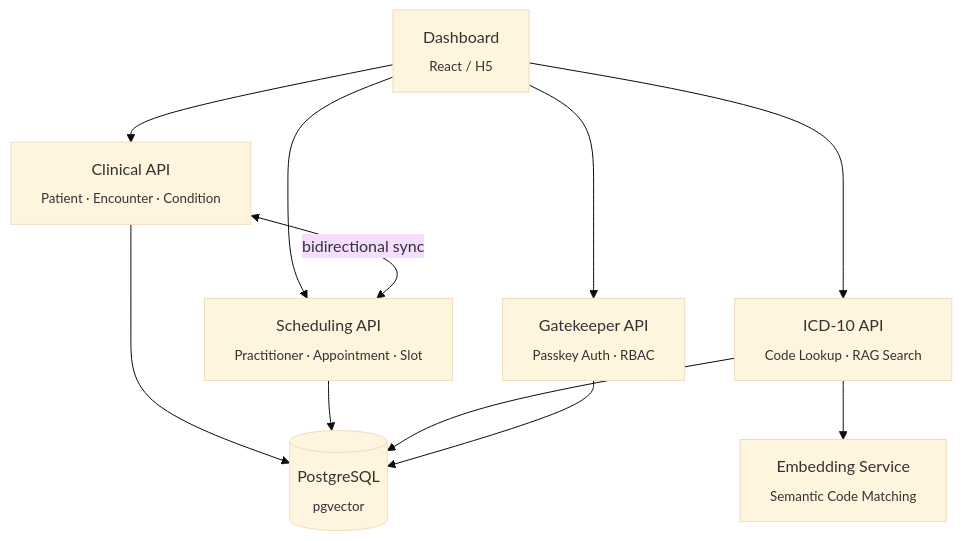
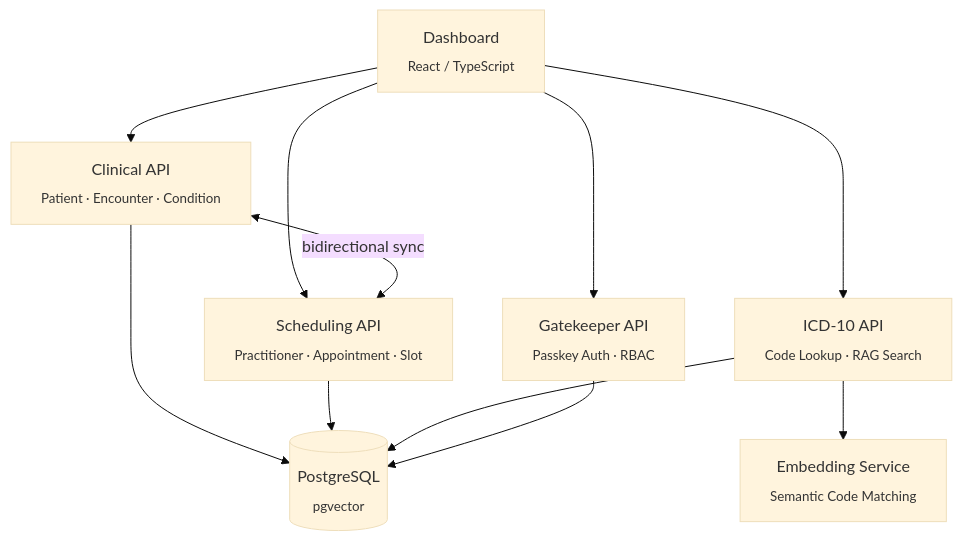
Before and after one commit to Nimblesite/ClinicalCoding: the diagram in readme.md, drawn with Mermaid (base theme). The commit also changed other lines of this file and 90 other files, not shown here.

````diff
--- a/readme.md
+++ b/readme.md
@@ -93,18 +93,18 @@
 ```mermaid
 graph TD
-    Dashboard["Dashboard<br/><sub>React / H5</sub>"]
+    Dashboard["Dashboard<br/><sub>React / TypeScript</sub>"]
 
     Dashboard --> Gatekeeper["Gatekeeper API<br/><sub>Passkey Auth · RBAC</sub>"]
     Dashboard --> Clinical["Clinical API<br/><sub>Patient · Encounter · Condition</sub>"]
     Dashboard --> Scheduling["Scheduling API<br/><sub>Practitioner · Appointment · Slot</sub>"]
     Dashboard --> ICD10["ICD-10 API<br/><sub>Code Lookup · RAG Search</sub>"]
 
     Clinical <-->|"bidirectional sync"| Scheduling
 
     ICD10 --> Embedding["Embedding Service<br/><sub>Semantic Code Matching</sub>"]
 
     Clinical --> PG[("PostgreSQL<br/><sub>pgvector</sub>")]
     Scheduling --> PG
     ICD10 --> PG
     Gatekeeper --> PG
 ```
````
